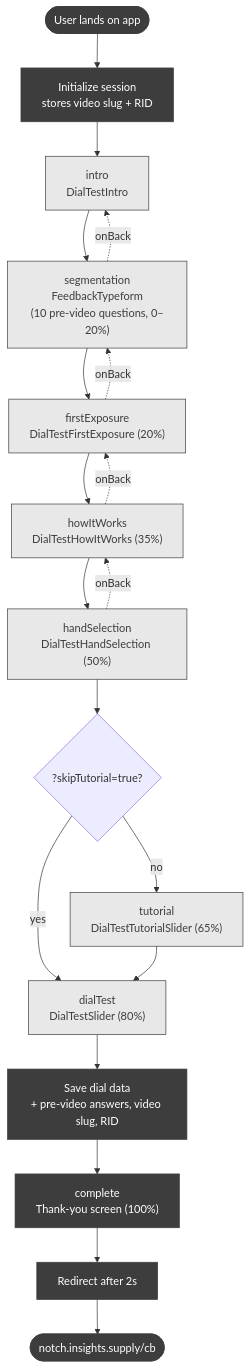
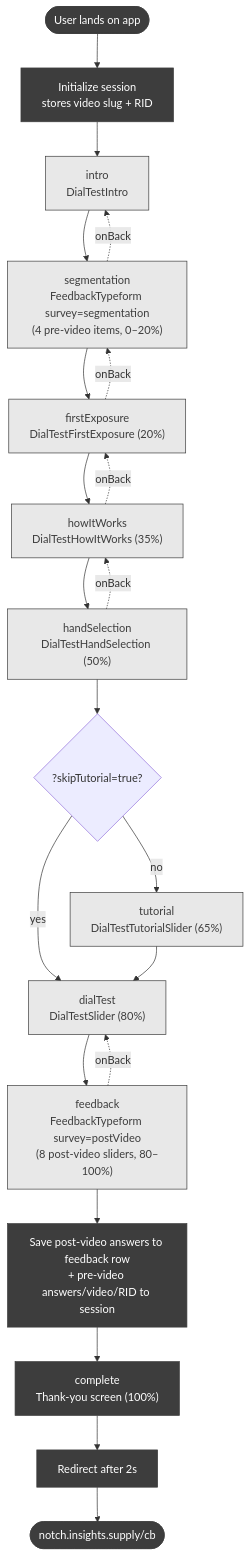
One commit to zoefrishberg/home-depot-dial-test changed the diagram in SCREEN_FLOW.md. Above: the diagram before and after it, drawn with Mermaid. The commit also changed other lines of this file and 3 other files, not shown here.

Commit message:
Amazon VA Combo round: 2 videos, pre-video sliders + 8 post-video sliders

````diff
--- a/SCREEN_FLOW.md
+++ b/SCREEN_FLOW.md
@@ -12,33 +14,36 @@
 ```mermaid
 flowchart TD
     Start([User lands on app]) --> Init[Initialize session<br/>stores video slug + RID]
 
     Init --> Intro["intro<br/>DialTestIntro"]
 
-    Intro --> Seg["segmentation<br/>FeedbackTypeform<br/>(10 pre-video questions, 0–20%)"]
+    Intro --> Seg["segmentation<br/>FeedbackTypeform survey=segmentation<br/>(4 pre-video items, 0–20%)"]
 
     Seg --> FirstExp["firstExposure<br/>DialTestFirstExposure (20%)"]
     FirstExp --> HowIt["howItWorks<br/>DialTestHowItWorks (35%)"]
     HowIt --> HandSel["handSelection<br/>DialTestHandSelection (50%)"]
 
     HandSel --> SkipQ{?skipTutorial=true?}
     SkipQ -->|yes| DialTest
     SkipQ -->|no| Tutorial["tutorial<br/>DialTestTutorialSlider (65%)"]
 
     Tutorial --> DialTest["dialTest<br/>DialTestSlider (80%)"]
 
-    DialTest --> Save[Save dial data<br/>+ pre-video answers, video slug, RID]
+    DialTest --> Feedback["feedback<br/>FeedbackTypeform survey=postVideo<br/>(8 post-video sliders, 80–100%)"]
+
+    Feedback --> Save[Save post-video answers to feedback row<br/>+ pre-video answers/video/RID to session]
     Save --> Complete["complete<br/>Thank-you screen (100%)"]
     Complete --> Redirect[Redirect after 2s]
     Redirect --> End([notch.insights.supply/cb])
 
     Seg -.onBack.-> Intro
     FirstExp -.onBack.-> Seg
     HowIt -.onBack.-> FirstExp
     HandSel -.onBack.-> HowIt
+    Feedback -.onBack.-> DialTest
 
     classDef step fill:#E8E8E8,color:#3D3D3D,stroke:#3D3D3D
     classDef terminal fill:#3D3D3D,color:#fff,stroke:#3D3D3D
-    class Intro,Seg,FirstExp,HowIt,HandSel,Tutorial,DialTest step
+    class Intro,Seg,FirstExp,HowIt,HandSel,Tutorial,DialTest,Feedback step
     class Start,End,Complete,Redirect,Save,Init terminal
 ```
````
